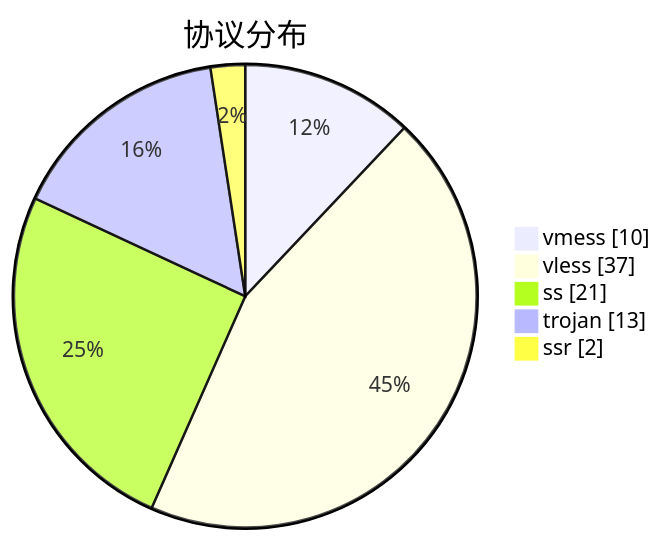
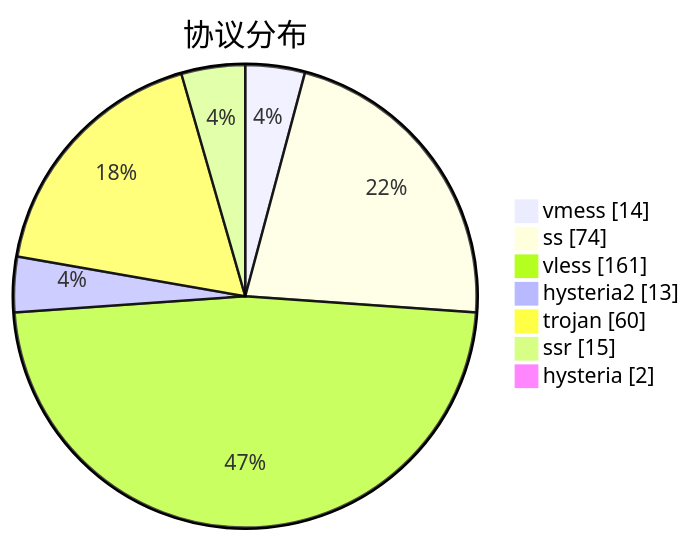
One commit to sinspired/airport changed the third of 3 diagrams in subs/statistics/tested_within.md. Above: the diagram before and after it, drawn with Mermaid. The commit also changed other lines of this file and 2 other files, not shown here.

````diff
--- a/subs/statistics/tested_within.md
+++ b/subs/statistics/tested_within.md
@@ -32,9 +44,11 @@
 ```mermaid
 pie showData
 title 协议分布
-"vmess" : 10
-"vless" : 37
-"ss" : 21
-"trojan" : 13
-"ssr" : 2
+"vmess" : 14
+"ss" : 74
+"vless" : 161
+"hysteria2" : 13
+"trojan" : 60
+"ssr" : 15
+"hysteria" : 2
 ```
````
